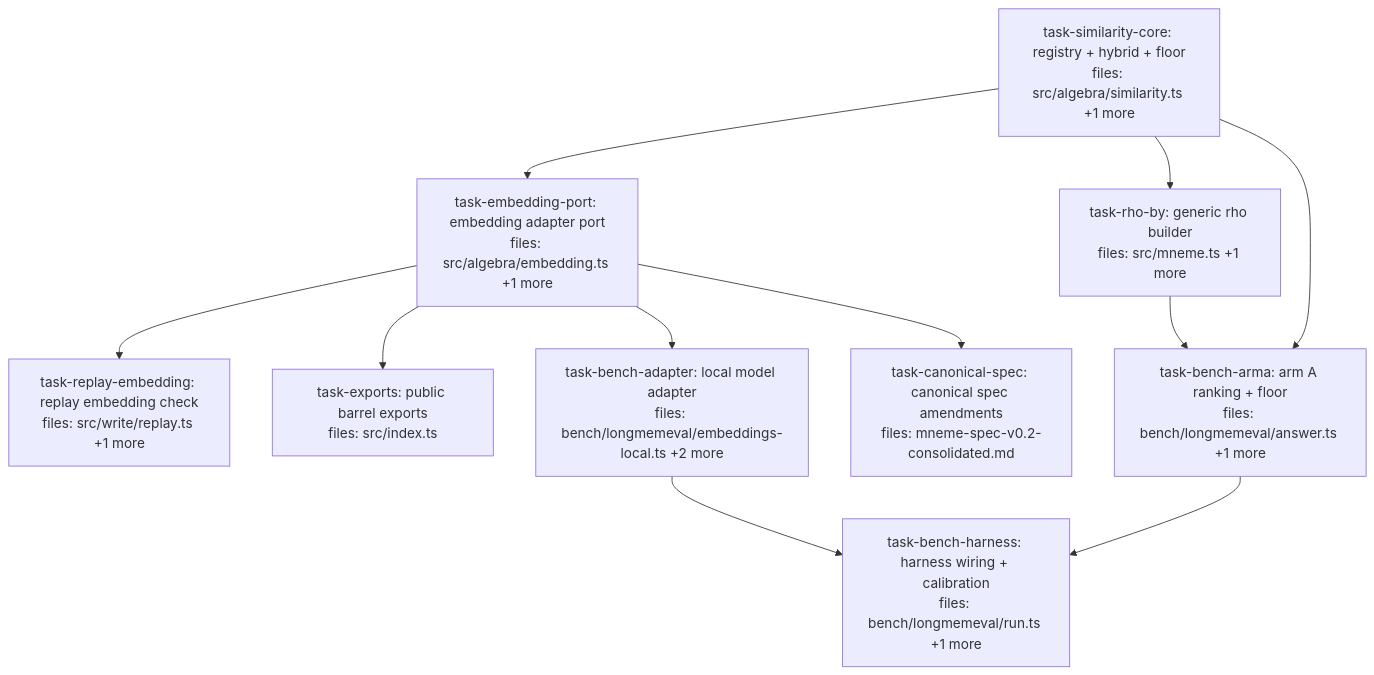
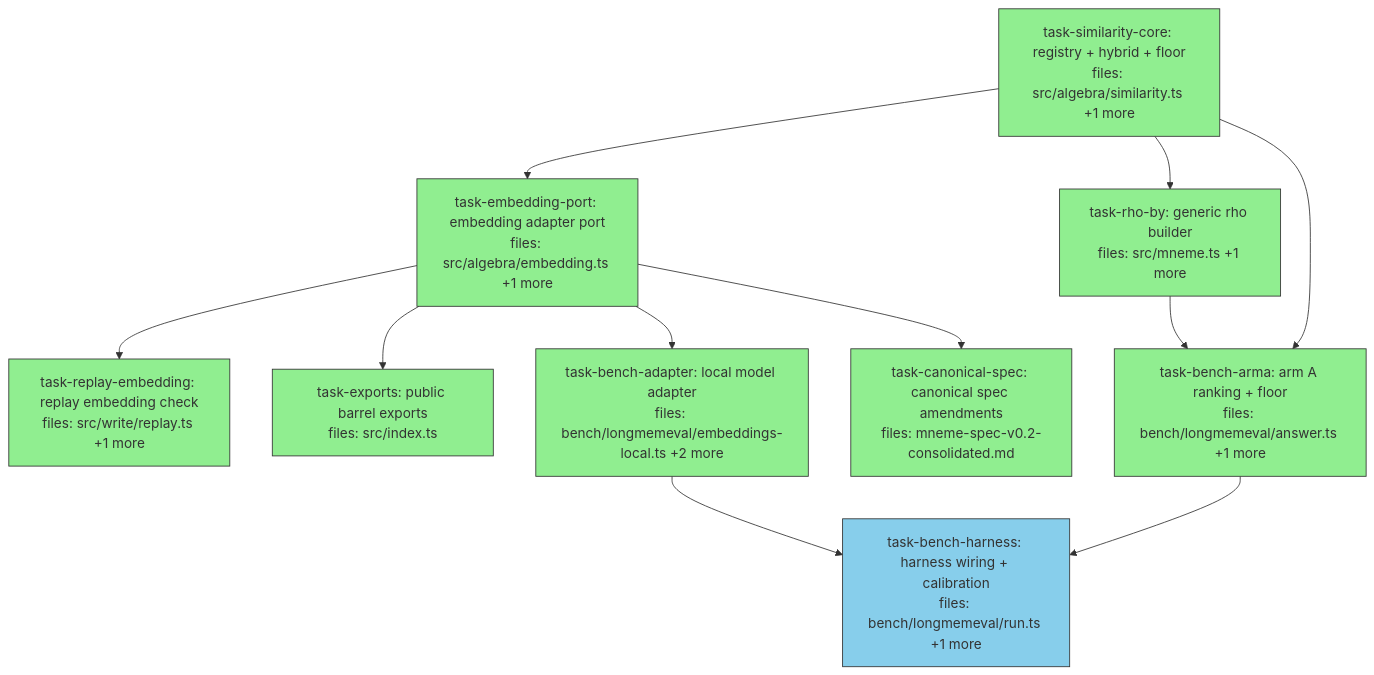
One commit to BrettNye/Mneme changed the diagram in docs/superpowers/plans/2026-06-05-similarity-slice-dag.md. Above: the diagram before and after it, drawn with Mermaid. The commit also changed other lines of this file and 1 other file, not shown here.

First line of the commit message:
docs: calibration amendment — two-knob abstention/precision design (measured)

````diff
--- a/docs/superpowers/plans/2026-06-05-similarity-slice-dag.md
+++ b/docs/superpowers/plans/2026-06-05-similarity-slice-dag.md
@@ -6,29 +6,29 @@
 ```mermaid
 flowchart TD
-    task-similarity-core["task-similarity-core: registry + hybrid + floor<br/>files: src/algebra/similarity.ts +1 more"]
-    task-embedding-port["task-embedding-port: embedding adapter port<br/>files: src/algebra/embedding.ts +1 more"]
-    task-rho-by["task-rho-by: generic rho builder<br/>files: src/mneme.ts +1 more"]
-    task-replay-embedding["task-replay-embedding: replay embedding check<br/>files: src/write/replay.ts +1 more"]
-    task-exports["task-exports: public barrel exports<br/>files: src/index.ts"]
-    task-bench-adapter["task-bench-adapter: local model adapter<br/>files: bench/longmemeval/embeddings-local.ts +2 more"]
-    task-bench-arma["task-bench-arma: arm A ranking + floor<br/>files: bench/longmemeval/answer.ts +1 more"]
-    task-bench-harness["task-bench-harness: harness wiring + calibration<br/>files: bench/longmemeval/run.ts +1 more"]
-    task-canonical-spec["task-canonical-spec: canonical spec amendments<br/>files: mneme-spec-v0.2-consolidated.md"]
+    task-similarity-core["task-similarity-core: registry + hybrid + floor<br/>files: src/algebra/similarity.ts +1 more"]:::done
+    task-embedding-port["task-embedding-port: embedding adapter port<br/>files: src/algebra/embedding.ts +1 more"]:::done
+    task-rho-by["task-rho-by: generic rho builder<br/>files: src/mneme.ts +1 more"]:::done
+    task-replay-embedding["task-replay-embedding: replay embedding check<br/>files: src/write/replay.ts +1 more"]:::done
+    task-exports["task-exports: public barrel exports<br/>files: src/index.ts"]:::done
+    task-bench-adapter["task-bench-adapter: local model adapter<br/>files: bench/longmemeval/embeddings-local.ts +2 more"]:::done
+    task-bench-arma["task-bench-arma: arm A ranking + floor<br/>files: bench/longmemeval/answer.ts +1 more"]:::done
+    task-bench-harness["task-bench-harness: harness wiring + calibration<br/>files: bench/longmemeval/run.ts +1 more"]:::running
+    task-canonical-spec["task-canonical-spec: canonical spec amendments<br/>files: mneme-spec-v0.2-consolidated.md"]:::done
 
     task-similarity-core --> task-embedding-port
     task-similarity-core --> task-rho-by
     task-similarity-core --> task-bench-arma
     task-embedding-port --> task-replay-embedding
     task-embedding-port --> task-exports
     task-embedding-port --> task-bench-adapter
     task-embedding-port --> task-canonical-spec
     task-rho-by --> task-bench-arma
     task-bench-arma --> task-bench-harness
     task-bench-adapter --> task-bench-harness
 
     classDef done fill:#90ee90,stroke:#333
     classDef ready fill:#fffacd,stroke:#333
     classDef running fill:#87ceeb,stroke:#333
     classDef failed fill:#ffb6c1,stroke:#333
     classDef skipped fill:#d3d3d3,stroke:#333,stroke-dasharray: 5 5
 ```
````
